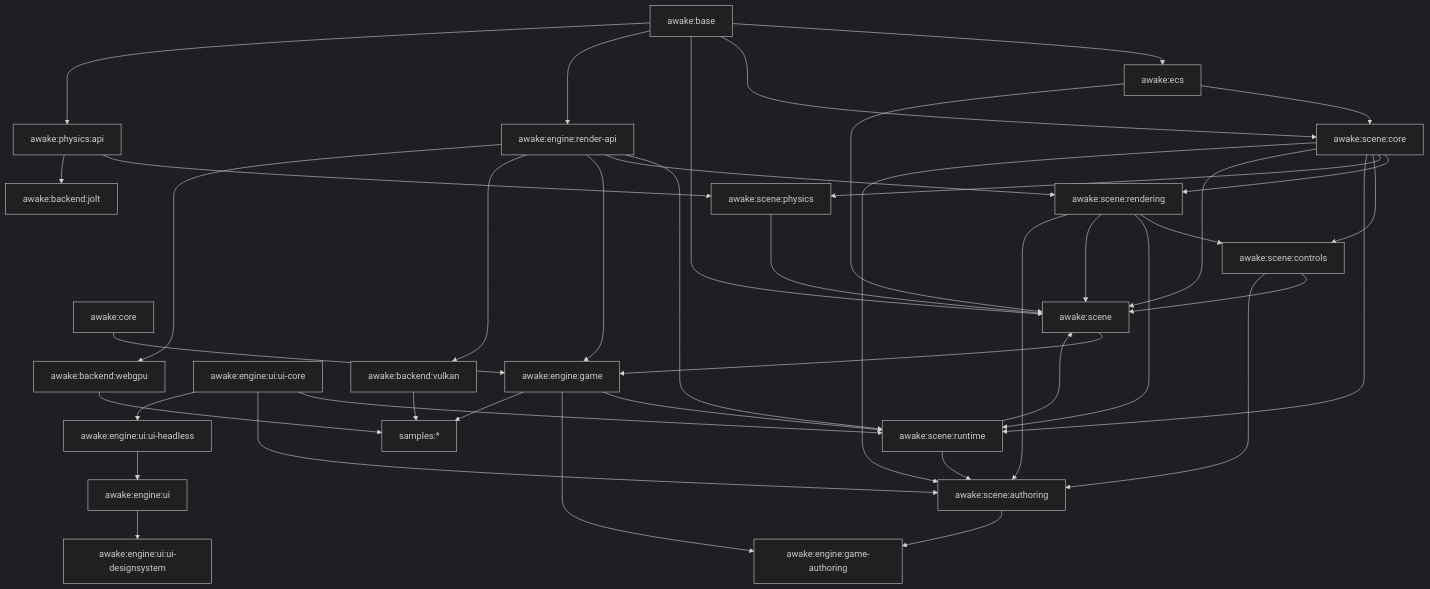
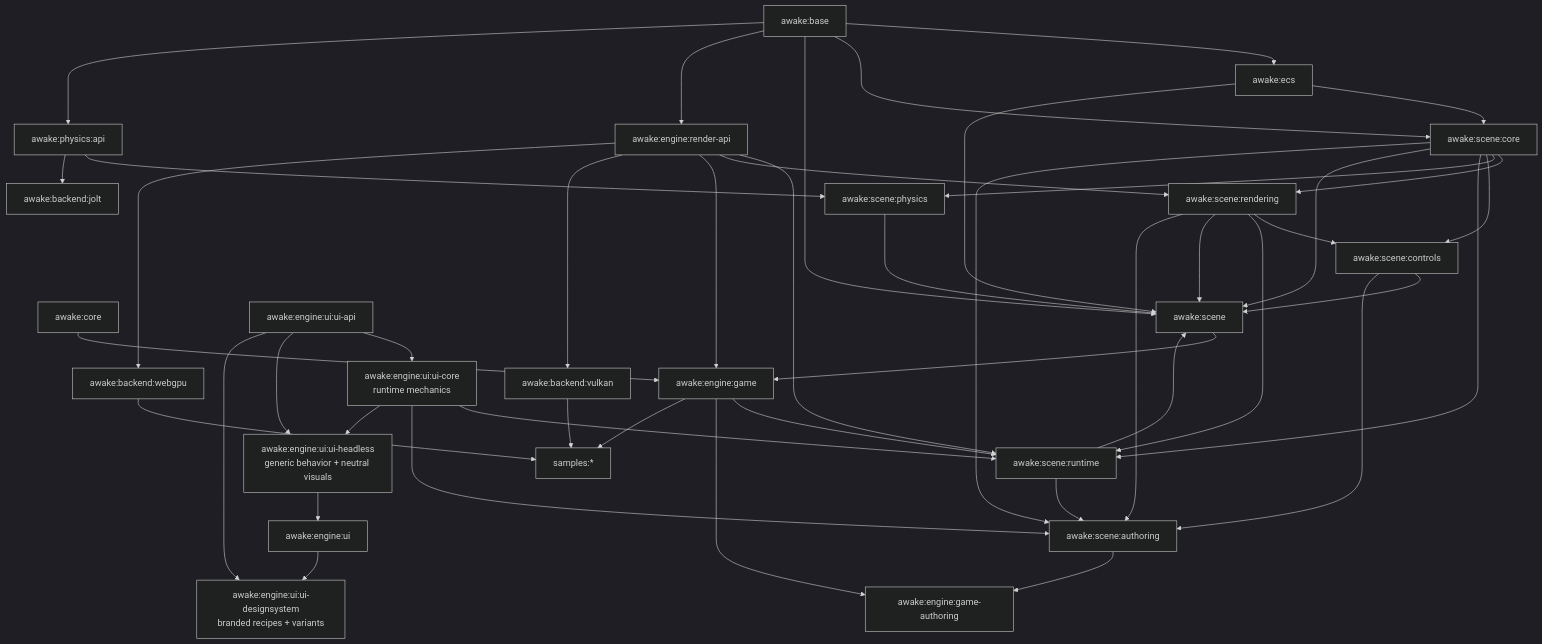
Before and after one commit to awakekt/awake: the diagram in docs/architecture.md, drawn with Mermaid (dark theme). The commit also changed other lines of this file and 1387 other files, not shown here.

Commit message:
chore(release): cut v0.1.0-dev.5 - ECS core architecture and scene document model

````diff
--- a/docs/architecture.md
+++ b/docs/architecture.md
@@ -18,68 +18,72 @@
 ```mermaid
 flowchart TD
     base["awake:base"]
     core["awake:core"]
     ecs["awake:ecs"]
     scene["awake:scene"]
     sceneCore["awake:scene:core"]
     sceneControls["awake:scene:controls"]
     scenePhysics["awake:scene:physics"]
     sceneRendering["awake:scene:rendering"]
     sceneRuntime["awake:scene:runtime"]
     sceneDsl["awake:scene:authoring"]
     render["awake:engine:render-api"]
     game["awake:engine:game"]
     gameDsl["awake:engine:game-authoring"]
     physicsApi["awake:physics:api"]
     jolt["awake:backend:jolt"]
-    uiCore["awake:engine:ui:ui-core"]
-    uiWidgets["awake:engine:ui:ui-headless"]
+    uiApi["awake:engine:ui:ui-api"]
+    uiCore["awake:engine:ui:ui-core<br/>runtime mechanics"]
+    uiWidgets["awake:engine:ui:ui-headless<br/>generic behavior + neutral visuals"]
     ui["awake:engine:ui"]
-    uiDs["awake:engine:ui:ui-designsystem"]
+    uiDs["awake:engine:ui:ui-designsystem<br/>branded recipes + variants"]
     vulkan["awake:backend:vulkan"]
     webgpu["awake:backend:webgpu"]
     samples["samples:*"]
 
     core --> game
     base --> ecs
     base --> sceneCore
     base --> scene
     base --> render
     base --> physicsApi
     ecs --> sceneCore
     ecs --> scene
     sceneCore --> sceneRendering
     sceneCore --> scenePhysics
     sceneCore --> sceneControls
     sceneRendering --> sceneControls
     sceneCore --> sceneRuntime
     sceneRendering --> sceneRuntime
     render --> sceneRuntime
     game --> sceneRuntime
+    uiApi --> uiCore
     uiCore --> sceneRuntime
     render --> sceneRendering
     physicsApi --> scenePhysics
     sceneCore --> scene
     scenePhysics --> scene
     sceneRendering --> scene
     sceneControls --> scene
     sceneRuntime --> scene
     sceneCore --> sceneDsl
     sceneRendering --> sceneDsl
     sceneControls --> sceneDsl
     sceneRuntime --> sceneDsl
     uiCore --> sceneDsl
     render --> game
     scene --> game
     game --> gameDsl
     sceneDsl --> gameDsl
     physicsApi --> jolt
+    uiApi --> uiWidgets
     uiCore --> uiWidgets
     uiWidgets --> ui
+    uiApi --> uiDs
     ui --> uiDs
     game --> samples
     render --> vulkan
     render --> webgpu
     vulkan --> samples
     webgpu --> samples
 ```
````
